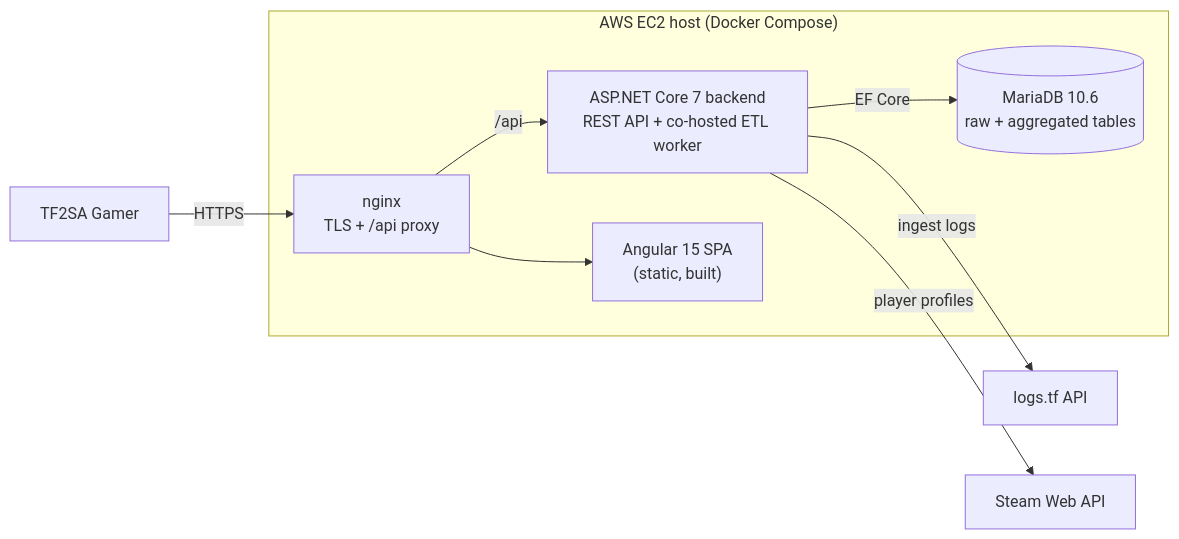
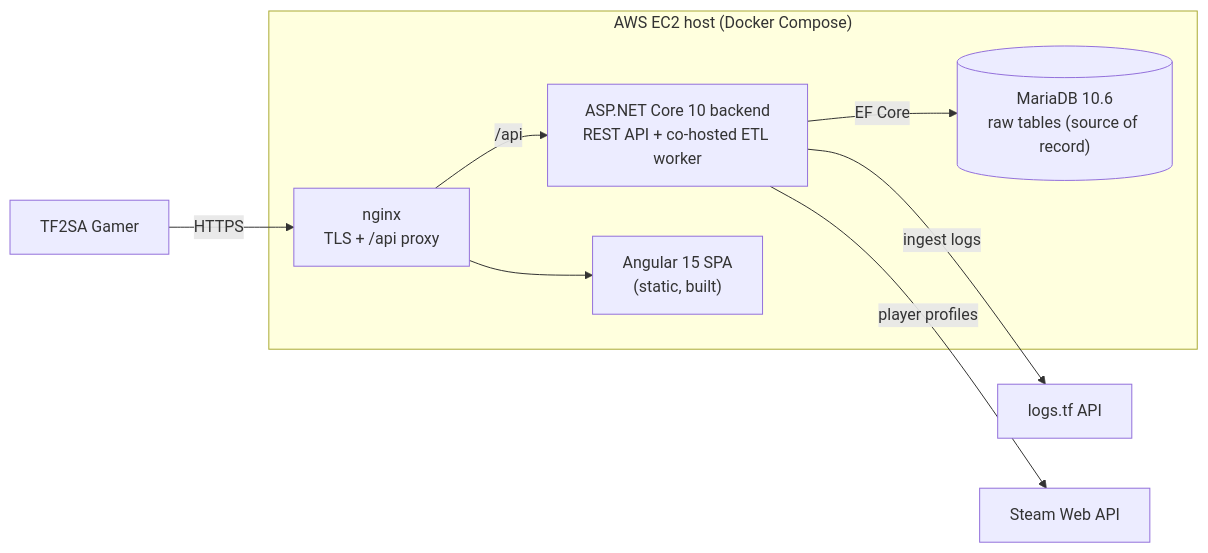
The diagram in README.md (DeradoZA/tf2sa), drawn with Mermaid before and after one commit. The commit also changed other lines of this file and 12 other files, not shown here.

````diff
--- a/README.md
+++ b/README.md
@@ -28,19 +28,19 @@
 ```mermaid
 flowchart LR
     gamer["TF2SA Gamer"]
     subgraph host["AWS EC2 host (Docker Compose)"]
         proxy["nginx<br/>TLS + /api proxy"]
-        backend["ASP.NET Core 7 backend<br/>REST API + co-hosted ETL worker"]
-        db[("MariaDB 10.6<br/>raw + aggregated tables")]
+        backend["ASP.NET Core 10 backend<br/>REST API + co-hosted ETL worker"]
+        db[("MariaDB 10.6<br/>raw tables (source of record)")]
         spa["Angular 15 SPA<br/>(static, built)"]
     end
     logstf["logs.tf API"]
     steam["Steam Web API"]
 
     gamer -->|HTTPS| proxy
     proxy --> spa
     proxy -->|/api| backend
     backend -->|EF Core| db
     backend -->|ingest logs| logstf
     backend -->|player profiles| steam
 ```
````
